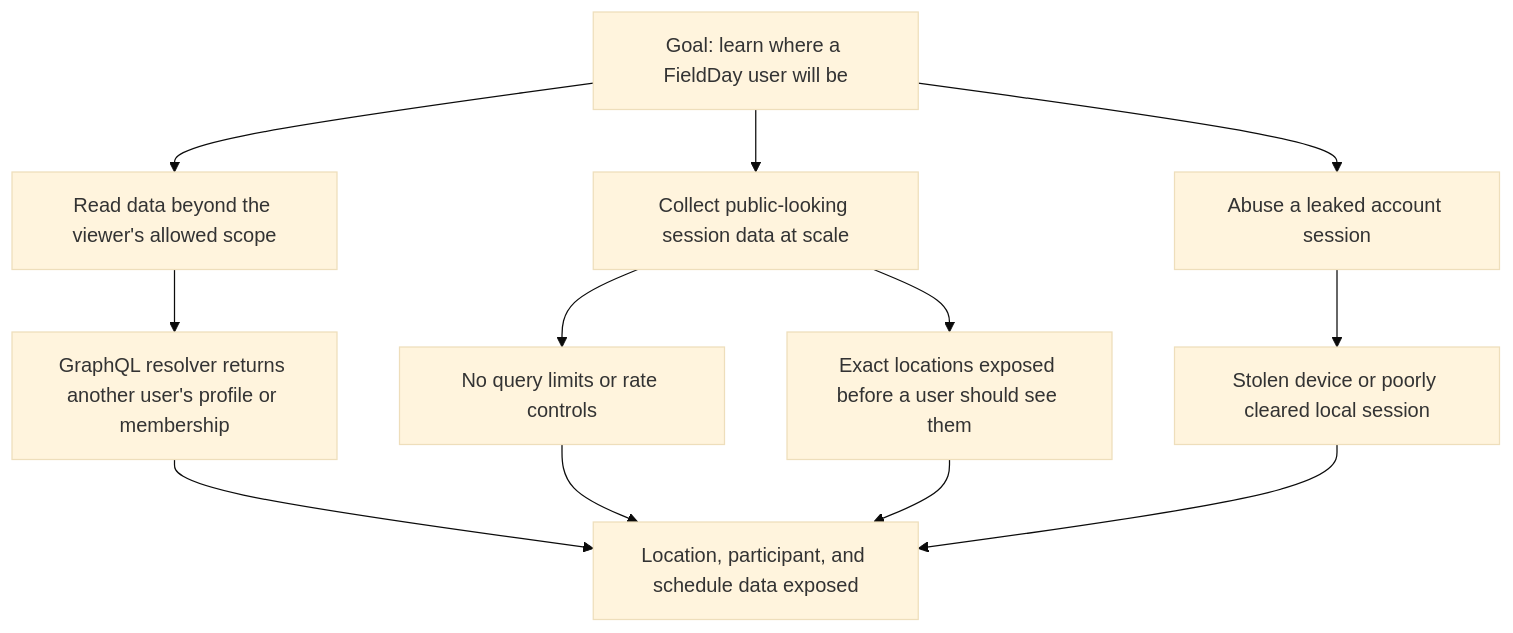
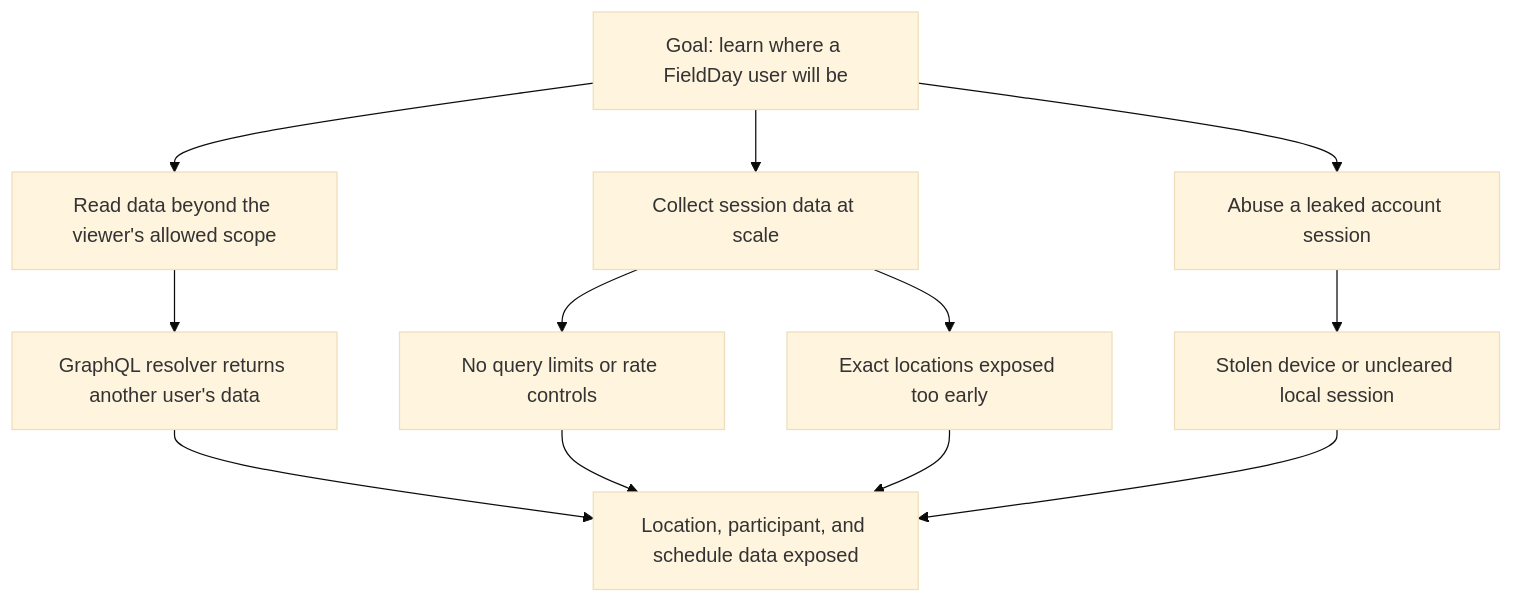
One commit to pkarlsso/FieldDay changed the third of 3 diagrams in doc/security/security-design-review.md. Above: the diagram before and after it, drawn with Mermaid (base theme). The commit also changed other lines of this file, not shown here.

Commit message:
fix: render security review Mermaid diagrams

````diff
--- a/doc/security/security-design-review.md
+++ b/doc/security/security-design-review.md
@@ -57,15 +57,15 @@
 ```mermaid
 flowchart TD
-  R[Goal: learn where a FieldDay user will be]
-  R --> A[Read data beyond the viewer's allowed scope]
-  R --> B[Collect public-looking session data at scale]
-  R --> C[Abuse a leaked account session]
-  A --> A1[GraphQL resolver returns another user's profile or membership]
-  B --> B1[No query limits or rate controls]
-  B --> B2[Exact locations exposed before a user should see them]
-  C --> C1[Stolen device or poorly cleared local session]
-  A1 --> X[Location, participant, and schedule data exposed]
+  R["Goal: learn where a FieldDay user will be"]
+  R --> A["Read data beyond the viewer's allowed scope"]
+  R --> B["Collect session data at scale"]
+  R --> C["Abuse a leaked account session"]
+  A --> A1["GraphQL resolver returns another user's data"]
+  B --> B1["No query limits or rate controls"]
+  B --> B2["Exact locations exposed too early"]
+  C --> C1["Stolen device or uncleared local session"]
+  A1 --> X["Location, participant, and schedule data exposed"]
   B1 --> X
   B2 --> X
   C1 --> X
 ```
````
